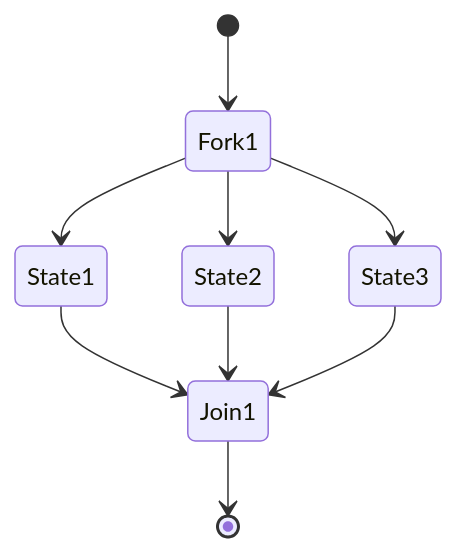
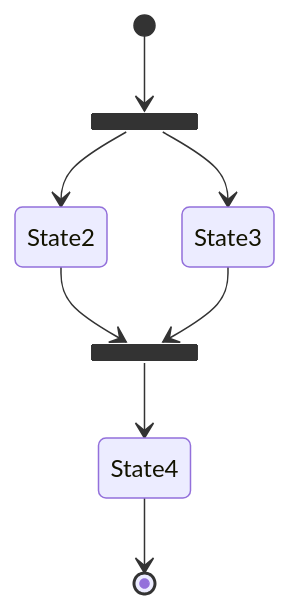
Diagram 11 of 19 in skills/mermaid/examples/state.md (teachingai/full-stack-skills), drawn with Mermaid before and after one commit. The commit also changed other lines of this file and 21 other files, not shown here.

First line of the commit message:
docs(mermaid): 更新架构、块、C4和类图示例文档

````diff
--- a/skills/mermaid/examples/state.md
+++ b/skills/mermaid/examples/state.md
@@ -103,16 +169,13 @@
 ```mermaid
 stateDiagram-v2
-    [*] --> Fork1
+    state fork_state <<fork>>
+    [*] --> fork_state
+    fork_state --> State2
+    fork_state --> State3
 
-    state Fork1 <<fork>>
-    Fork1 --> State1
-    Fork1 --> State2
-    Fork1 --> State3
-
-    State1 --> Join1
-    State2 --> Join1
-    State3 --> Join1
-
-    state Join1 <<join>>
-    Join1 --> [*]
+    state join_state <<join>>
+    State2 --> join_state
+    State3 --> join_state
+    join_state --> State4
+    State4 --> [*]
 ```
````
